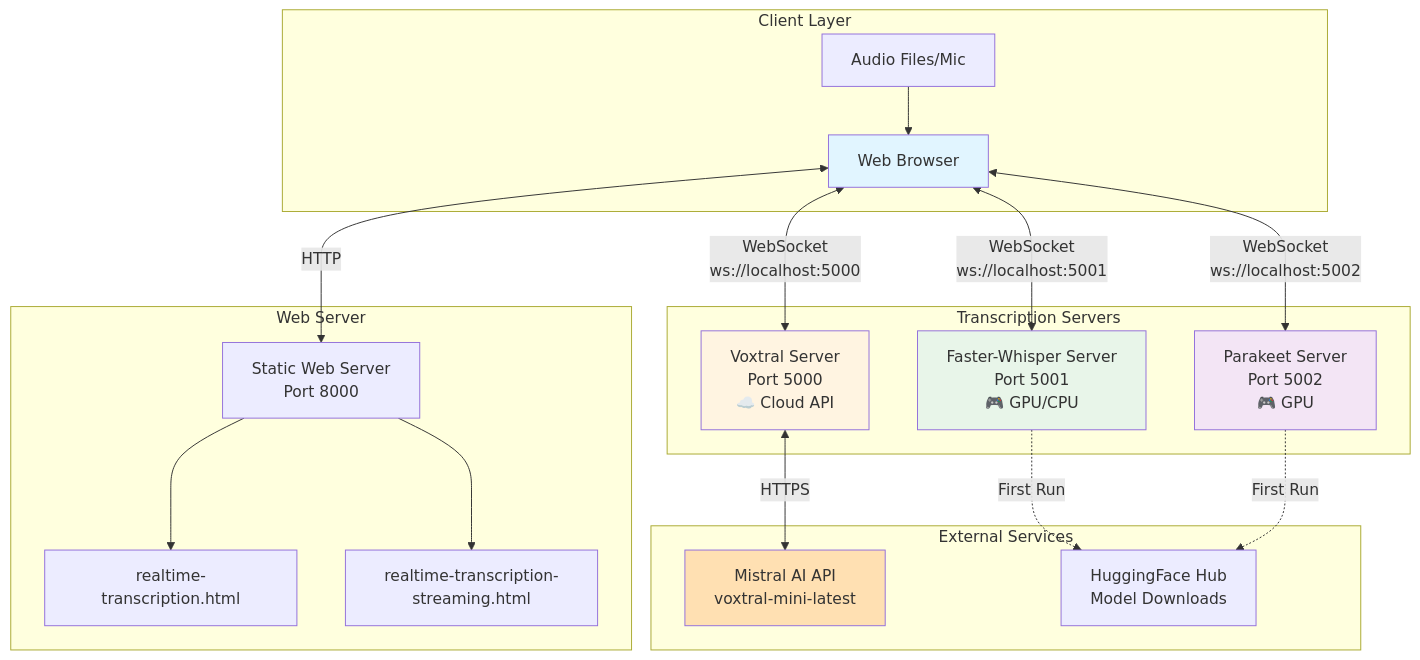
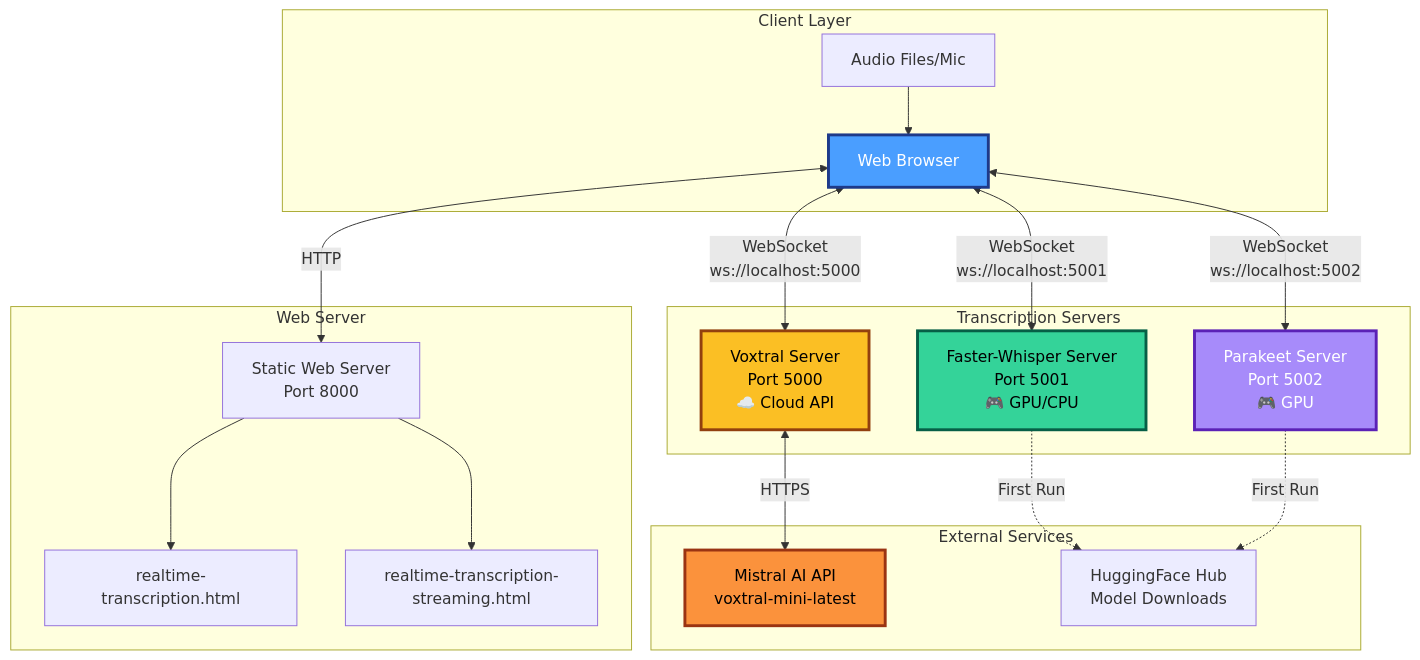
The first of 6 diagrams in README.md (gjovanov/speech2text), drawn with Mermaid before and after one commit. The commit also changed other lines of this file and 10 other files, not shown here.

Commit message:
dark mode friednly diagramms

````diff
--- a/README.md
+++ b/README.md
@@ -57,43 +57,43 @@
 ```mermaid
 graph TB
     subgraph "Client Layer"
         Browser[Web Browser]
         Audio[Audio Files/Mic]
     end
 
     subgraph "Web Server"
         WebUI[Static Web Server<br/>Port 8000]
         HTML1[realtime-transcription.html]
         HTML2[realtime-transcription-streaming.html]
     end
 
     subgraph "Transcription Servers"
         Voxtral[Voxtral Server<br/>Port 5000<br/>☁️ Cloud API]
         Whisper[Faster-Whisper Server<br/>Port 5001<br/>🎮 GPU/CPU]
         Parakeet[Parakeet Server<br/>Port 5002<br/>🎮 GPU]
     end
 
     subgraph "External Services"
         MistralAPI[Mistral AI API<br/>voxtral-mini-latest]
         HuggingFace[HuggingFace Hub<br/>Model Downloads]
     end
 
     Audio --> Browser
     Browser <-->|HTTP| WebUI
     WebUI --> HTML1
     WebUI --> HTML2
 
     Browser <-->|WebSocket<br/>ws://localhost:5000| Voxtral
     Browser <-->|WebSocket<br/>ws://localhost:5001| Whisper
     Browser <-->|WebSocket<br/>ws://localhost:5002| Parakeet
 
     Voxtral <-->|HTTPS| MistralAPI
     Whisper -.->|First Run| HuggingFace
     Parakeet -.->|First Run| HuggingFace
 
-    style Browser fill:#e1f5ff
-    style Voxtral fill:#fff4e1
-    style Whisper fill:#e8f5e9
-    style Parakeet fill:#f3e5f5
-    style MistralAPI fill:#ffe0b2
+    style Browser fill:#4a9eff,stroke:#1e3a8a,stroke-width:3px,color:#fff
+    style Voxtral fill:#fbbf24,stroke:#92400e,stroke-width:3px,color:#000
+    style Whisper fill:#34d399,stroke:#065f46,stroke-width:3px,color:#000
+    style Parakeet fill:#a78bfa,stroke:#5b21b6,stroke-width:3px,color:#fff
+    style MistralAPI fill:#fb923c,stroke:#9a3412,stroke-width:3px,color:#000
 ```
````
